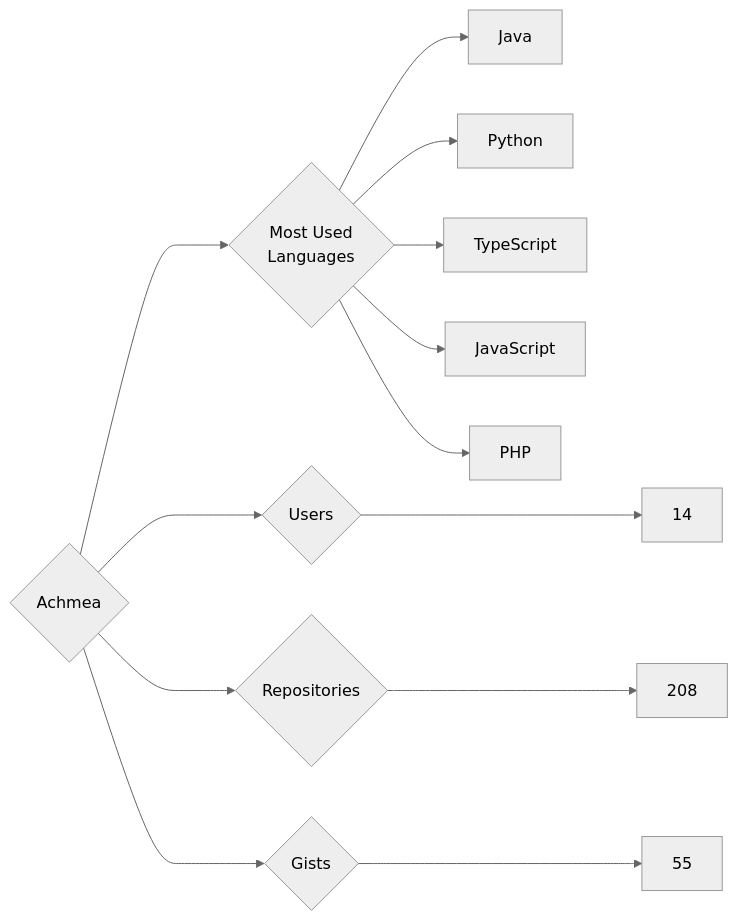
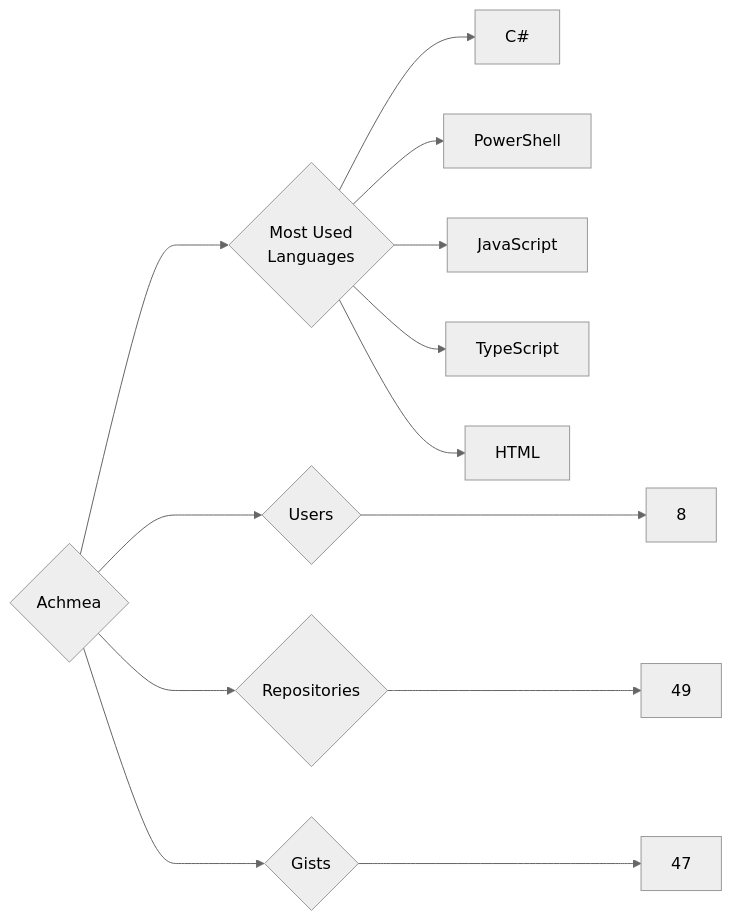
Before and after one commit to trickest/insiders: the diagram in targets/Achmea/README.md, drawn with Mermaid (neutral theme). The commit also changed 1088 other files, not shown here.

````diff
--- a/targets/Achmea/README.md
+++ b/targets/Achmea/README.md
@@ -3,13 +3,13 @@
 ```mermaid
 graph LR
 COMPANY_NAME{Achmea}
-COMPANY_NAME ---> U{Users} ---> UN[14]
-COMPANY_NAME ---> R{Repositories} ---> RN[208]
-COMPANY_NAME ---> G{Gists} ---> GN[55]
+COMPANY_NAME ---> U{Users} ---> UN[8]
+COMPANY_NAME ---> R{Repositories} ---> RN[49]
+COMPANY_NAME ---> G{Gists} ---> GN[47]
 COMPANY_NAME ---> ML{Most Used<br>Languages}
-ML --> Java[Java]
-ML --> Python[Python]
+ML --> C#[C#]
+ML --> PowerShell[PowerShell]
+ML --> JavaScript[JavaScript]
 ML --> TypeScript[TypeScript]
-ML --> JavaScript[JavaScript]
-ML --> PHP[PHP]
+ML --> HTML[HTML]
 ```
````
